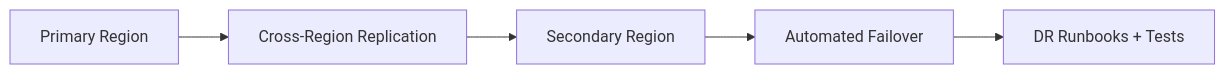
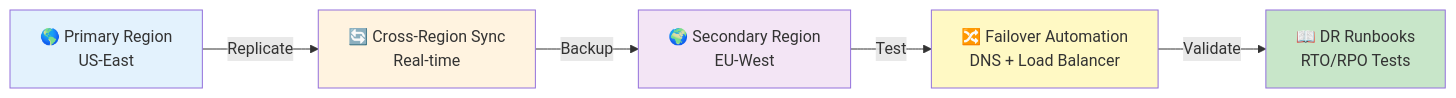
One commit to samueljackson-collab/Samueljackson-collab changed diagram 14 of 28 in README.md. Above: the diagram before and after it, drawn with Mermaid. The commit also changed other lines of this file, not shown here.

Commit message:
Enhanced all diagrams with detailed labels, icons, and styling

````diff
--- a/README.md
+++ b/README.md
@@ -375,7 +463,13 @@
 ```mermaid
 flowchart LR
-  RegionA[Primary Region] --> Replication[Cross-Region Replication]
-  Replication --> RegionB[Secondary Region]
-  RegionB --> Failover[Automated Failover]
-  Failover --> Runbooks[DR Runbooks + Tests]
+  RegionA[🌎 Primary Region<br/>US-East] -->|Replicate| Replication[🔄 Cross-Region Sync<br/>Real-time]
+  Replication -->|Backup| RegionB[🌍 Secondary Region<br/>EU-West]
+  RegionB -->|Test| Failover[🔀 Failover Automation<br/>DNS + Load Balancer]
+  Failover -->|Validate| Runbooks[📖 DR Runbooks<br/>RTO/RPO Tests]
+  
+  style RegionA fill:#e3f2fd
+  style Replication fill:#fff3e0
+  style RegionB fill:#f3e5f5
+  style Failover fill:#fff9c4
+  style Runbooks fill:#c8e6c9
 ```
````
